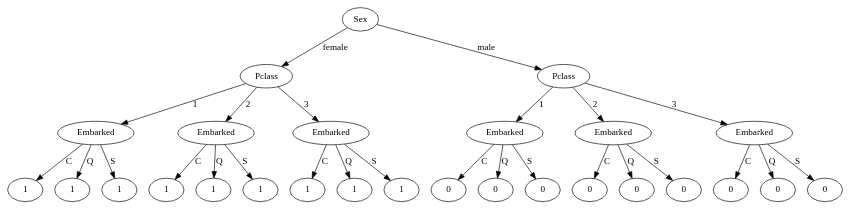
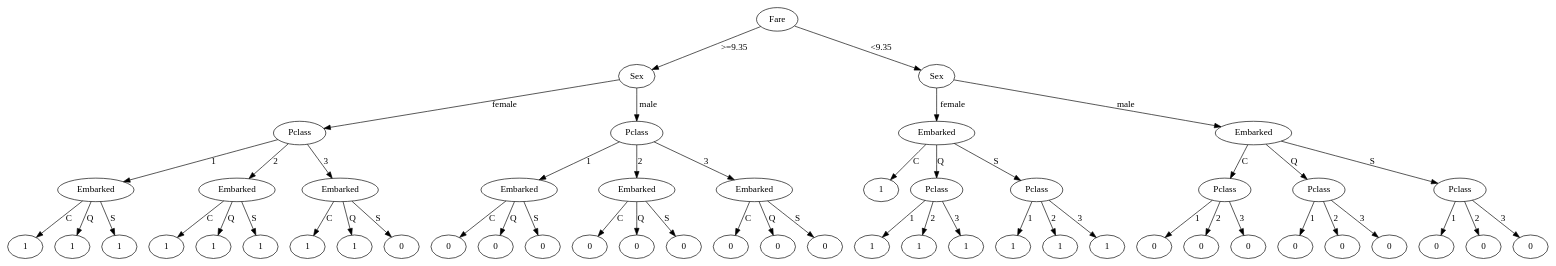
One commit to jimoskar/methodsInAI changed the diagram in Ex4/test-output/round-table.gv. Above: the diagram before and after it, drawn with Graphviz. The commit also changed 3 other files, not shown here.

```diff
--- a/Ex4/test-output/round-table.gv
+++ b/Ex4/test-output/round-table.gv
@@ -1,56 +1,106 @@
 // Decision Tree
 digraph {
-	99 [label=Sex]
-	98 [label=Pclass]
-	99 -> 98 [label=female]
-	97 [label=Embarked]
-	98 -> 97 [label=1]
-	96 [label=1]
-	97 -> 96 [label=C]
+	99 [label=Fare]
+	98 [label=Sex]
+	99 -> 98 [label=">=9.35"]
+	97 [label=Pclass]
+	98 -> 97 [label=female]
+	96 [label=Embarked]
+	97 -> 96 [label=1]
 	95 [label=1]
-	97 -> 95 [label=Q]
+	96 -> 95 [label=C]
 	94 [label=1]
-	97 -> 94 [label=S]
-	93 [label=Embarked]
-	98 -> 93 [label=2]
-	92 [label=1]
-	93 -> 92 [label=C]
+	96 -> 94 [label=Q]
+	93 [label=1]
+	96 -> 93 [label=S]
+	92 [label=Embarked]
+	97 -> 92 [label=2]
 	91 [label=1]
-	93 -> 91 [label=Q]
+	92 -> 91 [label=C]
 	90 [label=1]
-	93 -> 90 [label=S]
-	89 [label=Embarked]
-	98 -> 89 [label=3]
-	88 [label=1]
-	89 -> 88 [label=C]
+	92 -> 90 [label=Q]
+	89 [label=1]
+	92 -> 89 [label=S]
+	88 [label=Embarked]
+	97 -> 88 [label=3]
 	87 [label=1]
-	89 -> 87 [label=Q]
+	88 -> 87 [label=C]
 	86 [label=1]
-	89 -> 86 [label=S]
-	85 [label=Pclass]
-	99 -> 85 [label=male]
-	84 [label=Embarked]
-	85 -> 84 [label=1]
-	83 [label=0]
-	84 -> 83 [label=C]
+	88 -> 86 [label=Q]
+	85 [label=0]
+	88 -> 85 [label=S]
+	84 [label=Pclass]
+	98 -> 84 [label=male]
+	83 [label=Embarked]
+	84 -> 83 [label=1]
 	82 [label=0]
-	84 -> 82 [label=Q]
+	83 -> 82 [label=C]
 	81 [label=0]
-	84 -> 81 [label=S]
-	80 [label=Embarked]
-	85 -> 80 [label=2]
-	79 [label=0]
-	80 -> 79 [label=C]
+	83 -> 81 [label=Q]
+	80 [label=0]
+	83 -> 80 [label=S]
+	79 [label=Embarked]
+	84 -> 79 [label=2]
 	78 [label=0]
-	80 -> 78 [label=Q]
+	79 -> 78 [label=C]
 	77 [label=0]
-	80 -> 77 [label=S]
-	76 [label=Embarked]
-	85 -> 76 [label=3]
-	75 [label=0]
-	76 -> 75 [label=C]
+	79 -> 77 [label=Q]
+	76 [label=0]
+	79 -> 76 [label=S]
+	75 [label=Embarked]
+	84 -> 75 [label=3]
 	74 [label=0]
-	76 -> 74 [label=Q]
+	75 -> 74 [label=C]
 	73 [label=0]
-	76 -> 73 [label=S]
+	75 -> 73 [label=Q]
+	72 [label=0]
+	75 -> 72 [label=S]
+	71 [label=Sex]
+	99 -> 71 [label="<9.35"]
+	70 [label=Embarked]
+	71 -> 70 [label=female]
+	69 [label=1]
+	70 -> 69 [label=C]
+	68 [label=Pclass]
+	70 -> 68 [label=Q]
+	67 [label=1]
+	68 -> 67 [label=1]
+	66 [label=1]
+	68 -> 66 [label=2]
+	65 [label=1]
+	68 -> 65 [label=3]
+	64 [label=Pclass]
+	70 -> 64 [label=S]
+	63 [label=1]
+	64 -> 63 [label=1]
+	62 [label=1]
+	64 -> 62 [label=2]
+	61 [label=1]
+	64 -> 61 [label=3]
+	60 [label=Embarked]
+	71 -> 60 [label=male]
+	59 [label=Pclass]
+	60 -> 59 [label=C]
+	58 [label=0]
+	59 -> 58 [label=1]
+	57 [label=0]
+	59 -> 57 [label=2]
+	56 [label=0]
+	59 -> 56 [label=3]
+	55 [label=Pclass]
+	60 -> 55 [label=Q]
+	54 [label=0]
+	55 -> 54 [label=1]
+	53 [label=0]
+	55 -> 53 [label=2]
+	52 [label=0]
+	55 -> 52 [label=3]
+	51 [label=Pclass]
+	60 -> 51 [label=S]
+	50 [label=0]
+	51 -> 50 [label=1]
+	49 [label=0]
+	51 -> 49 [label=2]
+	48 [label=0]
+	51 -> 48 [label=3]
 }
```
